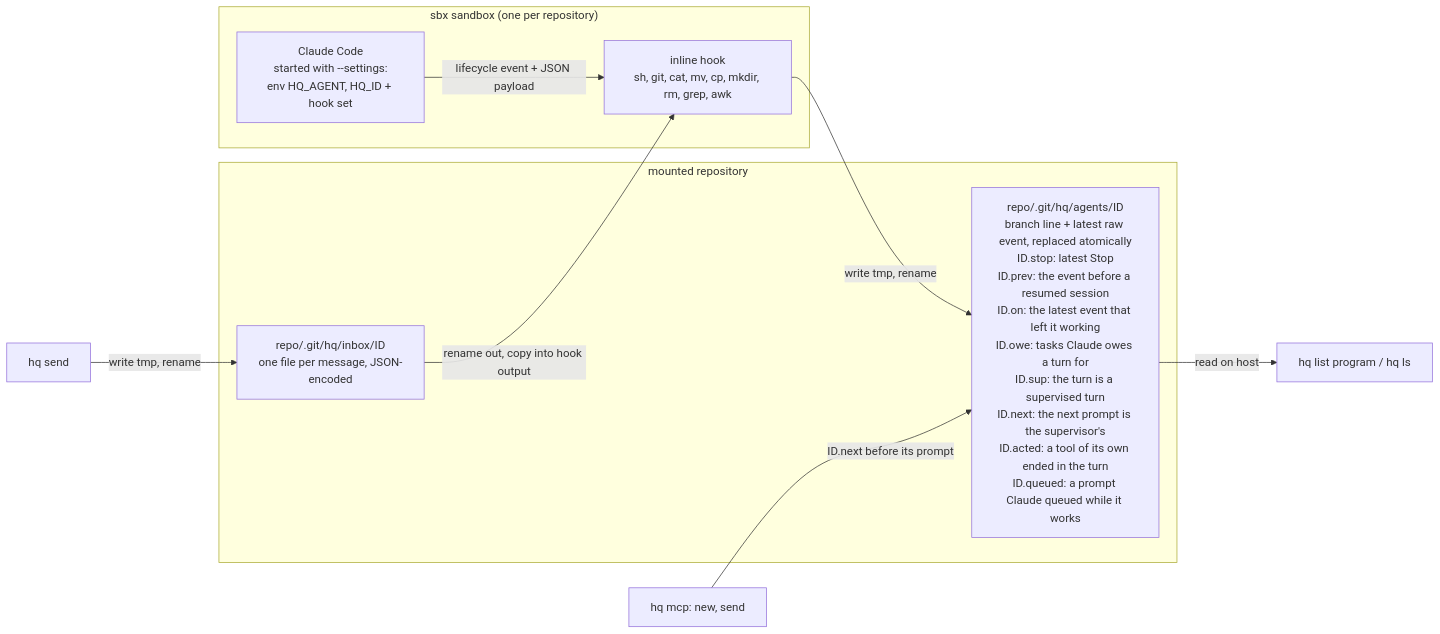
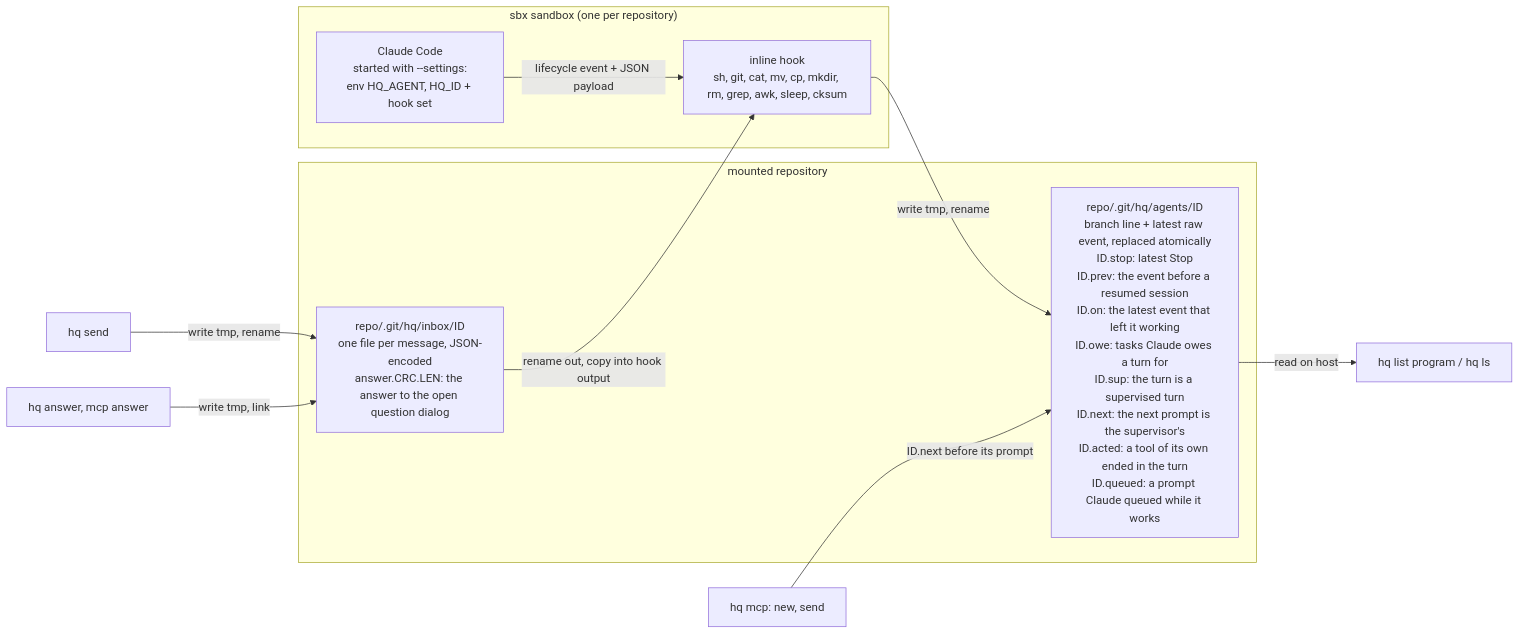
Before and after one commit to rkrysinski/hq: the second of 4 diagrams in docs/design/hq.md, drawn with Mermaid. The commit also changed other lines of this file and 30 other files, not shown here.

First line of the commit message:
Answer an agent's question dialog from hq (#90)

````diff
--- a/docs/design/hq.md
+++ b/docs/design/hq.md
@@ -85,17 +85,18 @@
 ```mermaid
 flowchart LR
     subgraph SB["sbx sandbox (one per repository)"]
         C["Claude Code<br/>started with --settings:<br/>env HQ_AGENT, HQ_ID + hook set"]
-        K["inline hook<br/>sh, git, cat, mv, cp, mkdir, rm, grep, awk"]
+        K["inline hook<br/>sh, git, cat, mv, cp, mkdir, rm, grep, awk, sleep, cksum"]
         C -- "lifecycle event + JSON payload" --> K
     end
     subgraph RP["mounted repository"]
         F["repo/.git/hq/agents/ID<br/>branch line + latest raw event, replaced atomically<br/>ID.stop: latest Stop<br/>ID.prev: the event before a resumed session<br/>ID.on: the latest event that left it working<br/>ID.owe: tasks Claude owes a turn for<br/>ID.sup: the turn is a supervised turn<br/>ID.next: the next prompt is the supervisor's<br/>ID.acted: a tool of its own ended in the turn<br/>ID.queued: a prompt Claude queued while it works"]
-        I["repo/.git/hq/inbox/ID<br/>one file per message, JSON-encoded"]
+        I["repo/.git/hq/inbox/ID<br/>one file per message, JSON-encoded<br/>answer.CRC.LEN: the answer to the open question dialog"]
     end
     K -- "write tmp, rename" --> F
     F -- "read on host" --> LP["hq list program / hq ls"]
     SEND["hq send"] -- "write tmp, rename" --> I
     I -- "rename out, copy into hook output" --> K
     MCP["hq mcp: new, send"] -- "ID.next before its prompt" --> F
+    ANS["hq answer, mcp answer"] -- "write tmp, link" --> I
 ```
````
